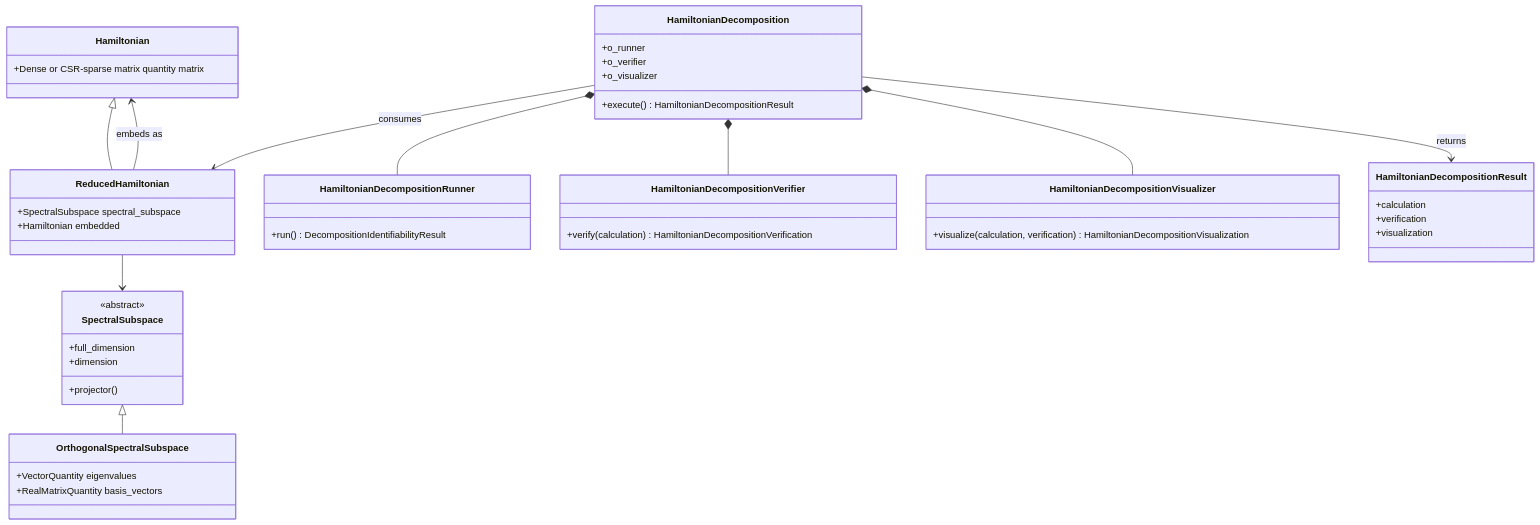
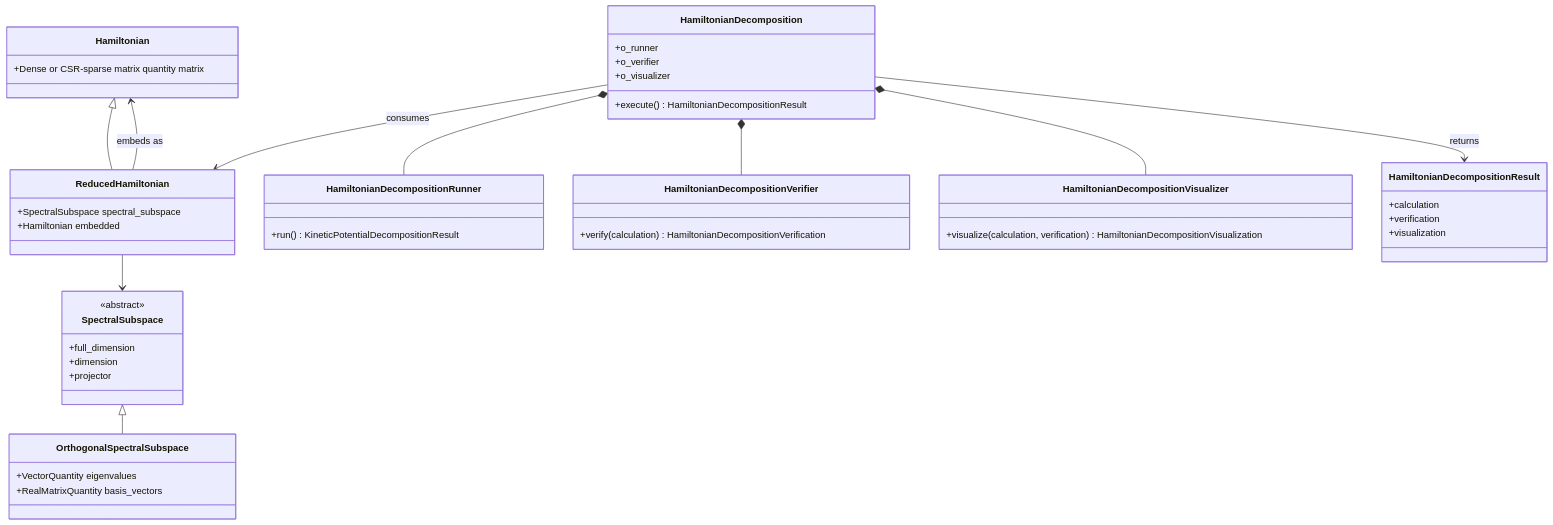
Before and after one commit to eragasa/ksdft2effmass: the first of 2 diagrams in docs/architecture/v3/ksdft2effmass/hamiltonian/decomposition/schematics.md, drawn with Mermaid. The commit also changed 506 other files, not shown here.

````diff
--- a/docs/architecture/v3/ksdft2effmass/hamiltonian/decomposition/schematics.md
+++ b/docs/architecture/v3/ksdft2effmass/hamiltonian/decomposition/schematics.md
@@ -3,49 +3,49 @@
 ```mermaid
 classDiagram
     class Hamiltonian {
         +Dense or CSR-sparse matrix quantity matrix
     }
     class SpectralSubspace {
         <<abstract>>
         +full_dimension
         +dimension
-        +projector()
+        +projector
     }
     class OrthogonalSpectralSubspace {
         +VectorQuantity eigenvalues
         +RealMatrixQuantity basis_vectors
     }
     class ReducedHamiltonian {
         +SpectralSubspace spectral_subspace
         +Hamiltonian embedded
     }
     Hamiltonian <|-- ReducedHamiltonian
     SpectralSubspace <|-- OrthogonalSpectralSubspace
     ReducedHamiltonian --> SpectralSubspace
     ReducedHamiltonian --> Hamiltonian : embeds as
     class HamiltonianDecomposition {
         +o_runner
         +o_verifier
         +o_visualizer
         +execute() HamiltonianDecompositionResult
     }
     class HamiltonianDecompositionRunner {
-        +run() DecompositionIdentifiabilityResult
+        +run() KineticPotentialDecompositionResult
     }
     class HamiltonianDecompositionVerifier {
         +verify(calculation) HamiltonianDecompositionVerification
     }
     class HamiltonianDecompositionVisualizer {
         +visualize(calculation, verification) HamiltonianDecompositionVisualization
     }
     class HamiltonianDecompositionResult {
         +calculation
         +verification
         +visualization
     }
     HamiltonianDecomposition --> ReducedHamiltonian : consumes
     HamiltonianDecomposition *-- HamiltonianDecompositionRunner
     HamiltonianDecomposition *-- HamiltonianDecompositionVerifier
     HamiltonianDecomposition *-- HamiltonianDecompositionVisualizer
     HamiltonianDecomposition --> HamiltonianDecompositionResult : returns
 ```
````
